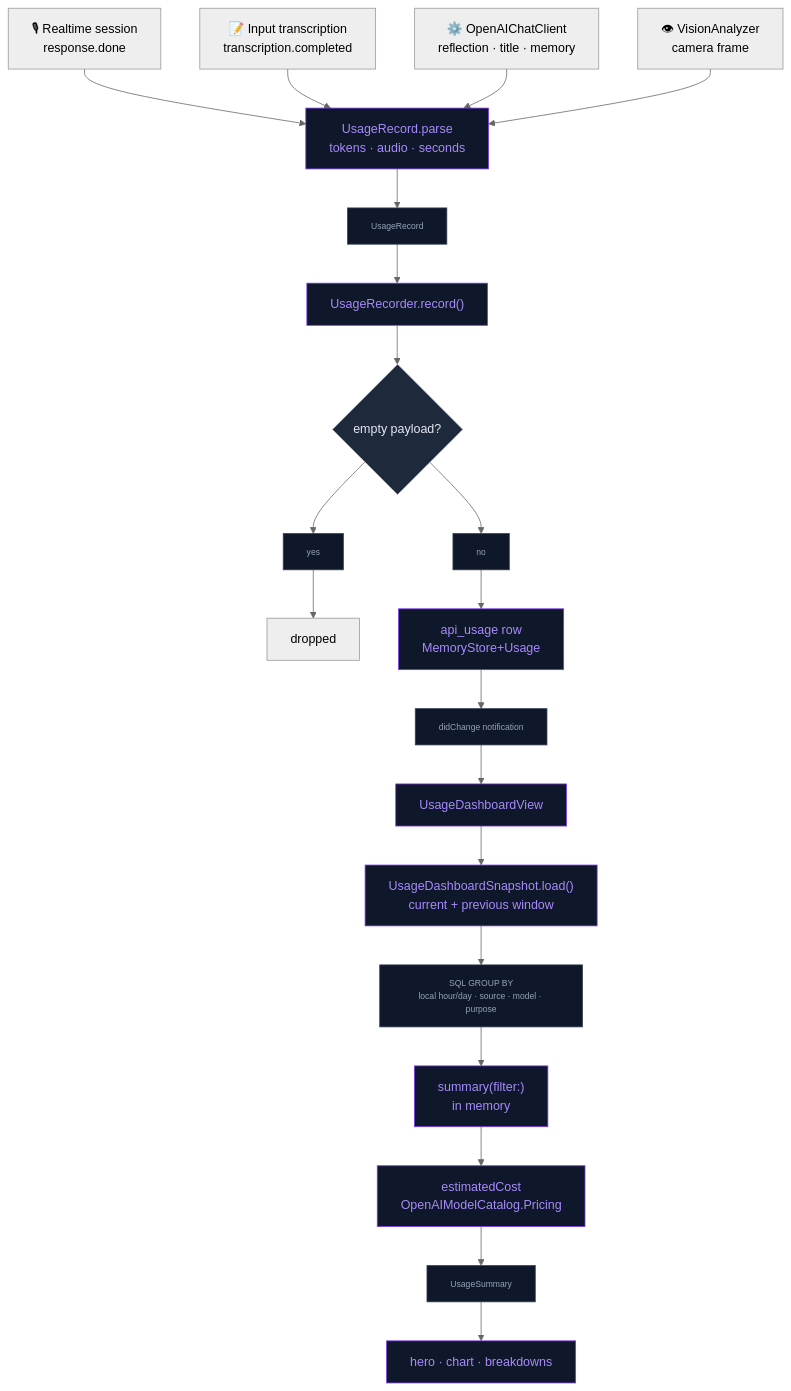
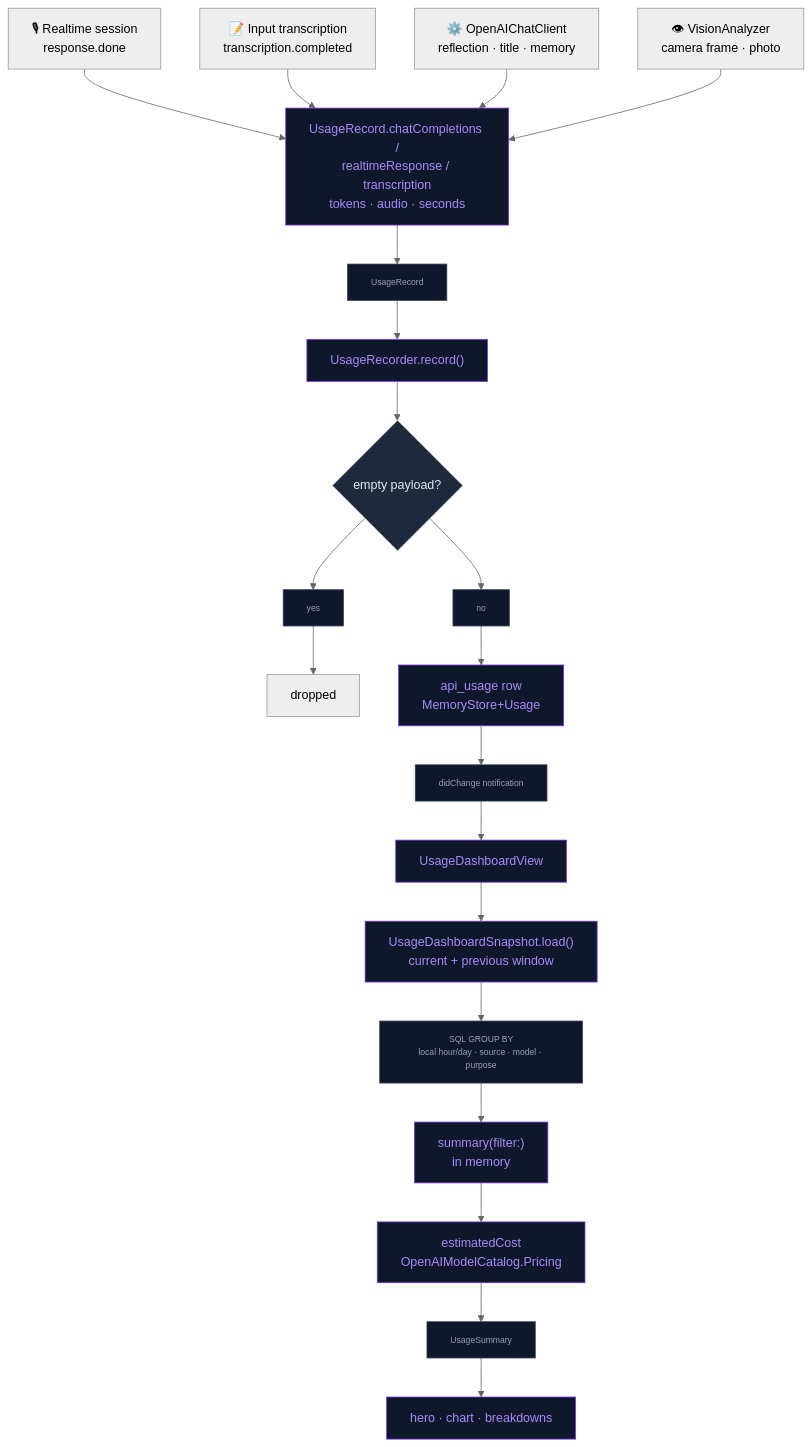
The diagram in docs/AI/API_USAGE.md (kevinliddel/NeuraLink), drawn with Mermaid (neutral theme) before and after one commit. The commit also changed other lines of this file and 21 other files, not shown here.

````diff
--- a/docs/AI/API_USAGE.md
+++ b/docs/AI/API_USAGE.md
@@ -64,29 +72,29 @@
 ```mermaid
 flowchart TD
     RT["🎙 Realtime session<br/>response.done"] --> REC
     TR["📝 Input transcription<br/>transcription.completed"] --> REC
     TXT["⚙️ OpenAIChatClient<br/>reflection · title · memory"] --> REC
-    VIS["👁 VisionAnalyzer<br/>camera frame"] --> REC
+    VIS["👁 VisionAnalyzer<br/>camera frame · photo"] --> REC
 
-    REC["UsageRecord.parse<br/>tokens · audio · seconds"] --> D1["UsageRecord"] --> RECORDER["UsageRecorder.record()"]
+    REC["UsageRecord.chatCompletions /<br/>realtimeResponse / transcription<br/>tokens · audio · seconds"] --> D1["UsageRecord"] --> RECORDER["UsageRecorder.record()"]
     RECORDER --> EMPTY{"empty payload?"}
     EMPTY --> D2["yes"] --> DROP["dropped"]
     EMPTY --> D3["no"] --> DB["api_usage row<br/>MemoryStore+Usage"]
     DB --> D4["didChange notification"] --> PAGE
 
     PAGE["UsageDashboardView"] --> LOAD["UsageDashboardSnapshot.load()<br/>current + previous window"]
     LOAD --> D5["SQL GROUP BY<br/>local hour/day · source · model · purpose"] --> SUM["summary(filter:)<br/>in memory"]
     SUM --> PRICE["estimatedCost<br/>OpenAIModelCatalog.Pricing"]
     PRICE --> D6["UsageSummary"] --> UI["hero · chart · breakdowns"]
 
     %% Styles
     classDef core fill:#0f172a,stroke:#7c3aed,color:#a78bfa
     classDef decision fill:#1e293b,stroke:#94a3b8,color:#e2e8f0
 
     class REC,RECORDER,DB,PAGE,LOAD,SUM,PRICE,UI core
     class EMPTY decision
 
     %% Data nodes (consistent system-wide)
     classDef data fill:#0f172a,stroke:#334155,color:#94a3b8,font-size:11px
     class D1,D2,D3,D4,D5,D6 data
 ```
````
